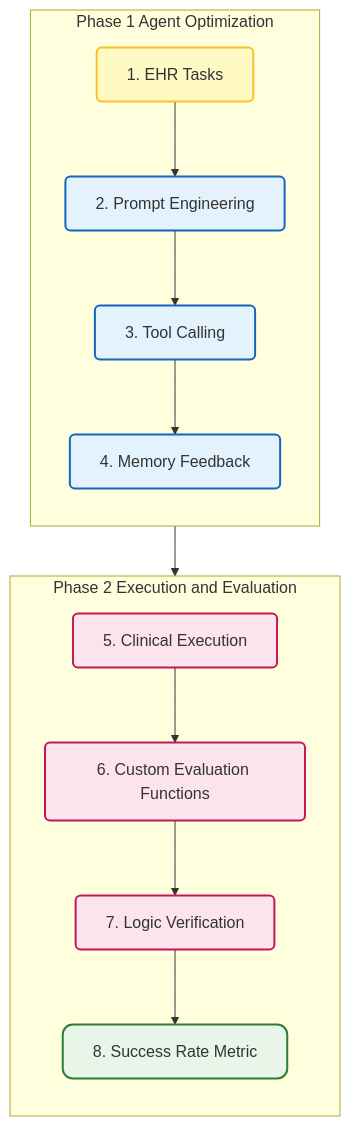
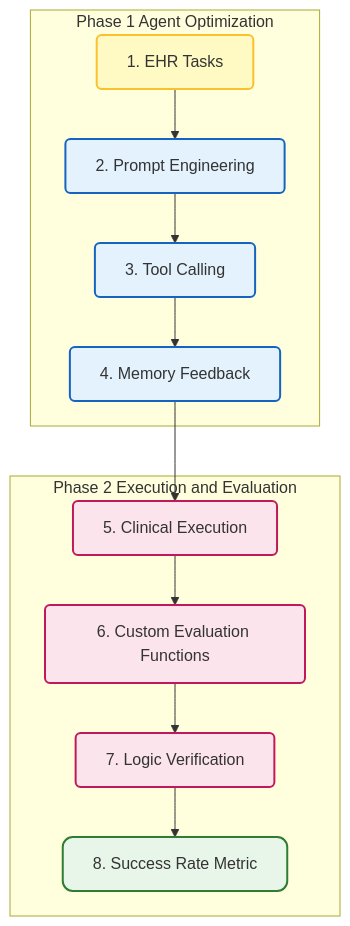
The second of 2 diagrams in Literature Review/medical background AI agent evaluation.md (hhtrocket/HHT-Benchmark-dataset), drawn with Mermaid before and after one commit. The commit also changed other lines of this file, not shown here.

Commit message:
Update medical background AI agent evaluation.md

````diff
--- a/Literature Review/medical background AI agent evaluation.md
+++ b/Literature Review/medical background AI agent evaluation.md
@@ -72,32 +74,31 @@
 ```mermaid
-flowchart TB
+graph TB
     classDef phase1 fill:#e3f2fd,stroke:#1565c0,stroke-width:2px,rx:5,ry:5;
     classDef phase2 fill:#fce4ec,stroke:#c2185b,stroke-width:2px,rx:5,ry:5;
     classDef input fill:#fff9c4,stroke:#fbc02d,stroke-width:2px,rx:5,ry:5;
     classDef report fill:#e8f5e9,stroke:#2e7d32,stroke-width:2px,rx:10,ry:10;
 
     subgraph P1 [Phase 1 Agent Optimization]
-        direction TB
         N1["1. EHR Tasks"]:::input
         N2["2. Prompt Engineering"]:::phase1
         N3["3. Tool Calling"]:::phase1
         N4["4. Memory Feedback"]:::phase1
         
         N1 --> N2
         N2 --> N3
         N3 --> N4
     end
 
     subgraph P2 [Phase 2 Execution and Evaluation]
-        direction TB
         N5["5. Clinical Execution"]:::phase2
         N6["6. Custom Evaluation Functions"]:::phase2
         N7["7. Logic Verification"]:::phase2
         N8["8. Success Rate Metric"]:::report
         
-        N4 --> N5
         N5 --> N6
         N6 --> N7
         N7 --> N8
     end
+
+    N4 --> N5
 ```
````
